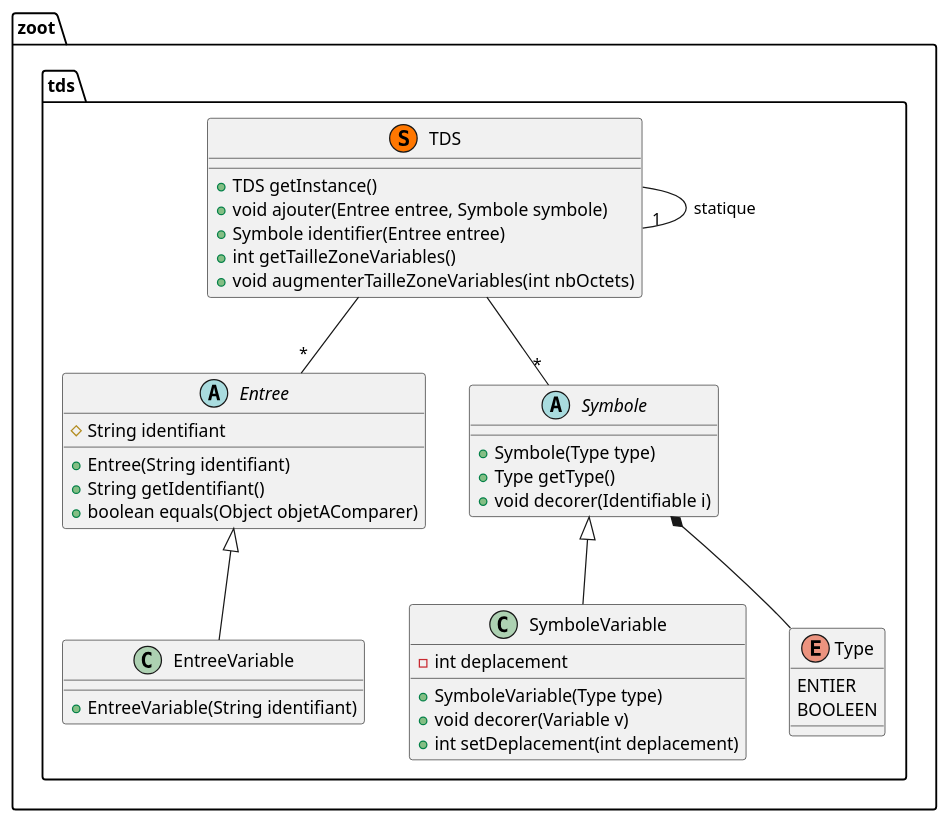
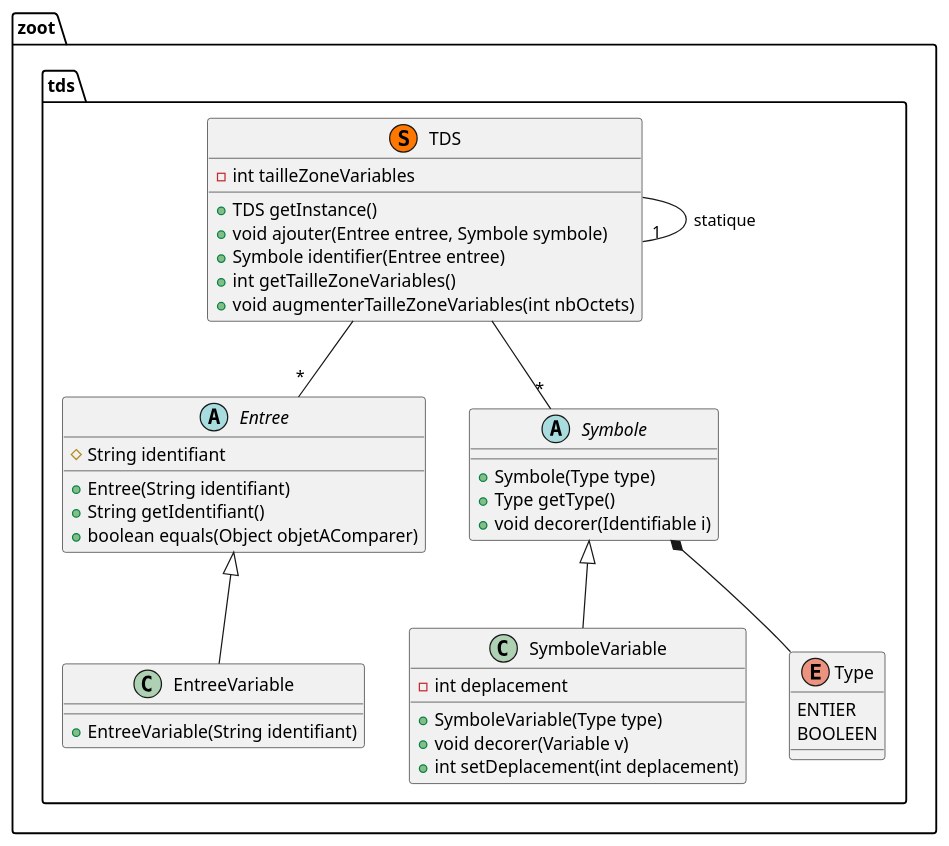
One commit to lmtb06/zoot changed the diagram in diagrammes/classe/tds.puml. Above: the diagram before and after it, drawn with PlantUML. The commit also changed 34 other files, not shown here.

```diff
--- a/diagrammes/classe/tds.puml
+++ b/diagrammes/classe/tds.puml
@@ -1,53 +1,54 @@
 @startuml "tds"
 
 namespace zoot.tds {
   ' Includes
 
   ' Classes
   class TDS << (S,#FF7700) >> {
+    - int tailleZoneVariables
     + TDS getInstance()
     + void ajouter(Entree entree, Symbole symbole)
     + Symbole identifier(Entree entree)
     + int getTailleZoneVariables()
     + void augmenterTailleZoneVariables(int nbOctets)
   }
 
   abstract class Entree {
     # String identifiant
     + Entree(String identifiant)
     + String getIdentifiant()
     + boolean equals(Object objetAComparer)
   }
 
   class EntreeVariable {
     + EntreeVariable(String identifiant)
   }
 
   abstract class Symbole {
     + Symbole(Type type)
     + Type getType()
     + void decorer(Identifiable i)
   }
 
   class SymboleVariable {
     - int deplacement
     + SymboleVariable(Type type)
     + void decorer(Variable v)
     + int setDeplacement(int deplacement)
   }
 
   enum Type {
     ENTIER
     BOOLEEN
   }
 
   ' Relations entre les classes
   TDS --"1" TDS : statique
   TDS --"*" Entree
   TDS --"*" Symbole
   Symbole *-- Type
   SymboleVariable -up-|> Symbole
   EntreeVariable -up-|> Entree
 }
 
 @enduml
```
